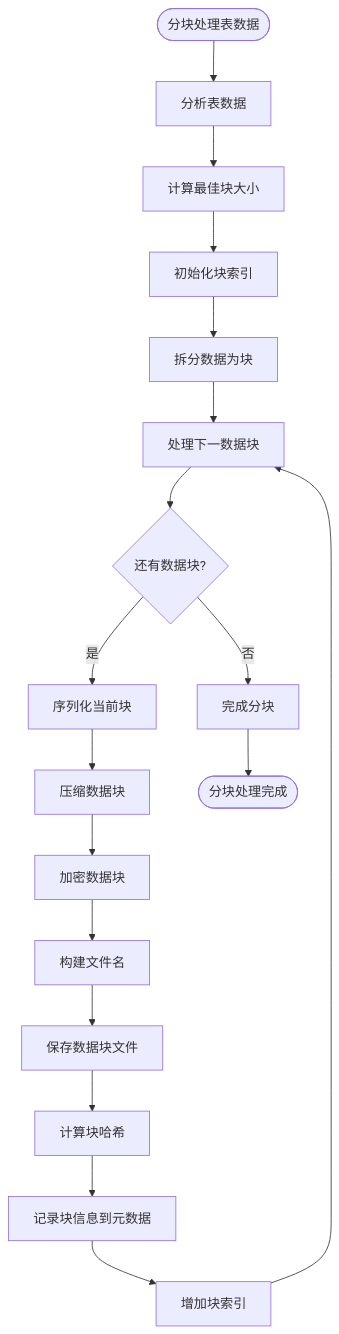
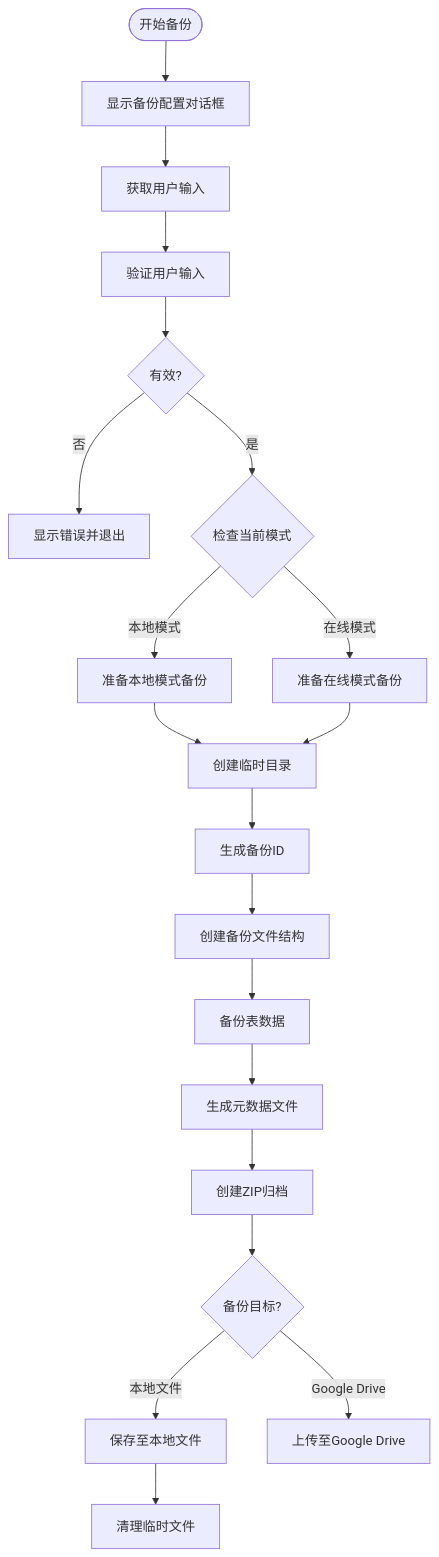
One commit to yingjianzh/iodraw-files changed the diagram in all/未命名-53.md. Above: the diagram before and after it, drawn with Mermaid.

Commit message:
2025-05-09 15:06:29 update

````diff
--- a/all/未命名-53.md
+++ b/all/未命名-53.md
@@ -1,27 +1,29 @@
 ```mermaid
 flowchart TD
-    Start([分块处理表数据]) --> AnalyzeData[分析表数据]
-    AnalyzeData --> CalcChunkSize[计算最佳块大小]
-    CalcChunkSize --> InitChunkIndex[初始化块索引]
+    Start([开始备份]) --> ShowBackupDialog[显示备份配置对话框]
+    ShowBackupDialog --> GetUserInput[获取用户输入]
+    GetUserInput --> ValidateInput[验证用户输入]
     
-    InitChunkIndex --> SplitData[拆分数据为块]
-    SplitData --> ProcessNextChunk[处理下一数据块]
+    ValidateInput --> InputValid{有效?}
+    InputValid -->|否| ShowError[显示错误并退出]
+    InputValid -->|是| CheckMode{检查当前模式}
     
-    ProcessNextChunk --> MoreChunks{还有数据块?}
-    MoreChunks -->|否| FinalizeChunks[完成分块]
-    MoreChunks -->|是| SerializeChunk[序列化当前块]
+    CheckMode -->|本地模式| PrepareLocalBackup[准备本地模式备份]
+    CheckMode -->|在线模式| PrepareOnlineBackup[准备在线模式备份]
     
-    SerializeChunk --> CompressChunk[压缩数据块]
-    CompressChunk --> EncryptChunk[加密数据块]
+    PrepareLocalBackup --> CreateTempDir[创建临时目录]
+    PrepareOnlineBackup --> CreateTempDir
     
-    EncryptChunk --> ConstructFileName[构建文件名]
-    ConstructFileName --> SaveChunkFile[保存数据块文件]
+    CreateTempDir --> GenerateBackupID[生成备份ID]
+    GenerateBackupID --> CreateBackupStructure[创建备份文件结构]
     
-    SaveChunkFile --> CalculateHash[计算块哈希]
-    CalculateHash --> RecordChunkInfo[记录块信息到元数据]
+    CreateBackupStructure --> BackupTables[备份表数据]
+    BackupTables --> GenerateMetadata[生成元数据文件]
+    GenerateMetadata --> CreateZipArchive[创建ZIP归档]
     
-    RecordChunkInfo --> IncrementIndex[增加块索引]
-    IncrementIndex --> ProcessNextChunk
+    CreateZipArchive --> BackupDestination{备份目标?}
+    BackupDestination -->|本地文件| SaveToLocal[保存至本地文件]
+    BackupDestination -->|Google Drive| UploadToGDrive[上传至Google Drive]
     
-    FinalizeChunks --> End([分块处理完成])
+    SaveToLocal --> CleanupTemp[清理临时文件]
 ```
````
